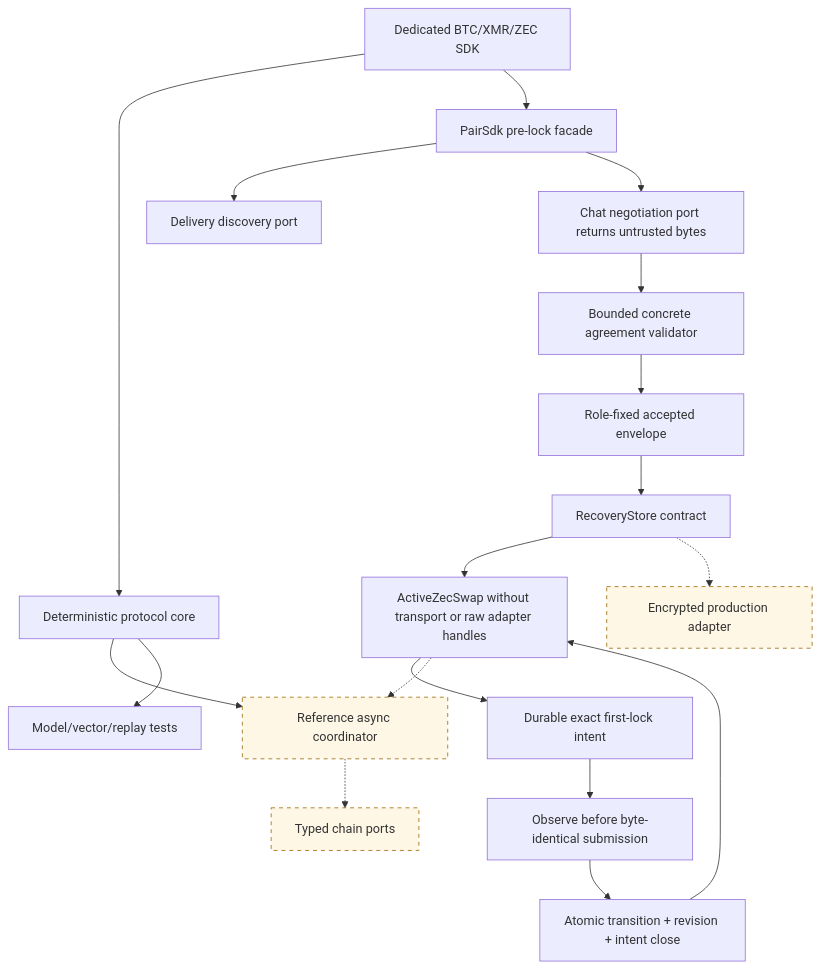
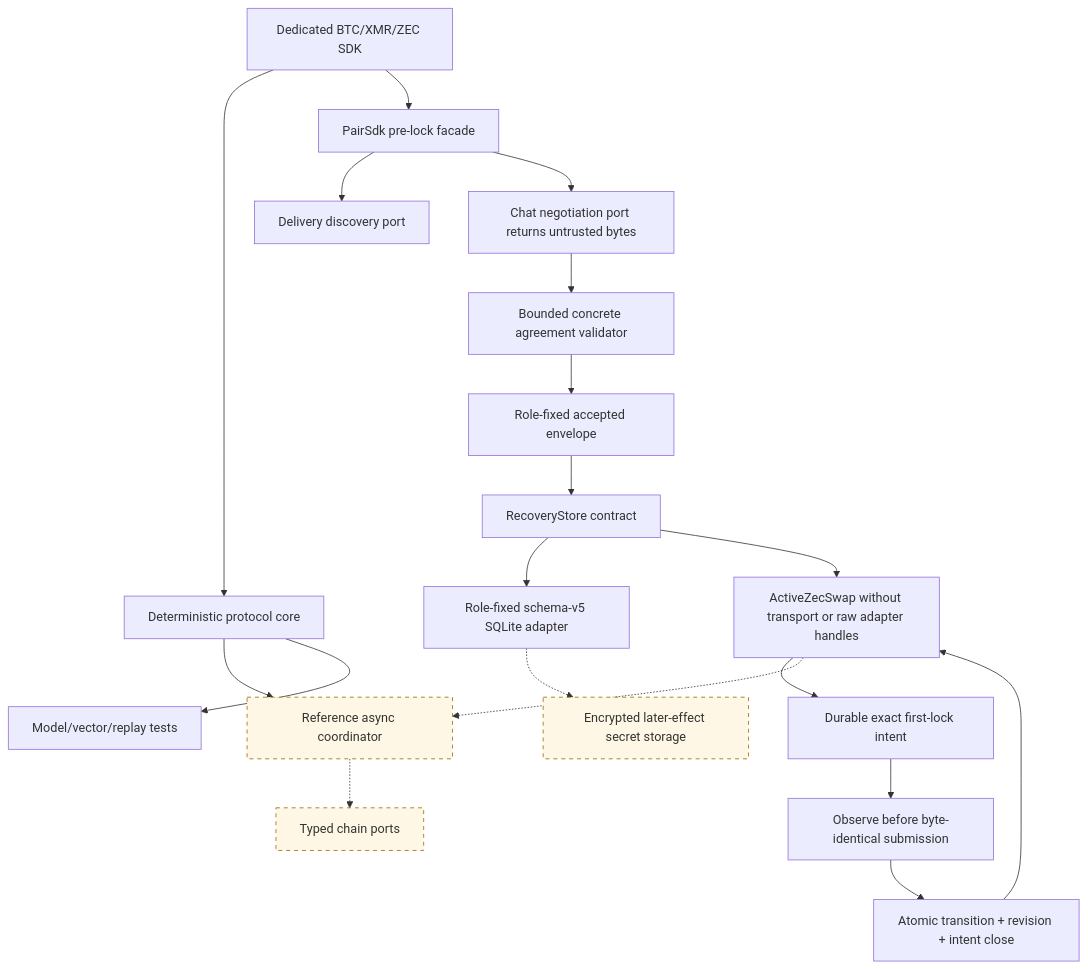
Before and after one commit to gateway-fm/lez-atomic-swaps: the diagram in docs/architecture/0013-sdk-layering.md, drawn with Mermaid. The commit also changed other lines of this file and 12 other files, not shown here.

````diff
--- a/docs/architecture/0013-sdk-layering.md
+++ b/docs/architecture/0013-sdk-layering.md
@@ -6,23 +7,24 @@
 ```mermaid
 flowchart TB
     Pair["Dedicated BTC/XMR/ZEC SDK"] --> Core["Deterministic protocol core"]
     Pair --> Facade["PairSdk pre-lock facade"]
     Facade --> Discovery["Delivery discovery port"]
     Facade --> Negotiation["Chat negotiation port returns untrusted bytes"]
     Negotiation --> Validator["Bounded concrete agreement validator"]
     Validator --> Accepted["Role-fixed accepted envelope"]
     Accepted --> Store["RecoveryStore contract"]
+    Store --> SQLite["Role-fixed schema-v5 SQLite adapter"]
     Store --> Active["ActiveZecSwap without transport or raw adapter handles"]
     Active --> Intent["Durable exact first-lock intent"]
     Intent --> Observe["Observe before byte-identical submission"]
     Observe --> Projection["Atomic transition + revision + intent close"]
     Projection --> Active
     Active -.-> Runtime["Reference async coordinator"]
     Runtime -.-> Nodes["Typed chain ports"]
-    Store -.-> Encrypted["Encrypted production adapter"]
+    SQLite -.-> Encrypted["Encrypted later-effect secret storage"]
     Core --> Runtime
     Core --> Tests["Model/vector/replay tests"]
 
     classDef planned stroke-dasharray: 5 5,fill:#fff7e6,stroke:#9a6700;
     class Runtime,Nodes,Encrypted planned;
 ```
````
